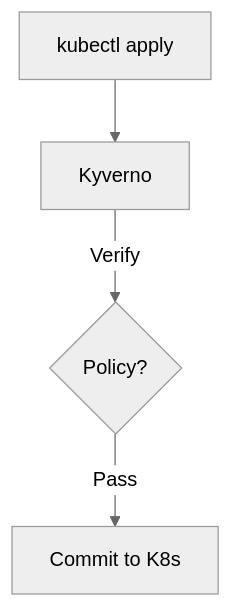
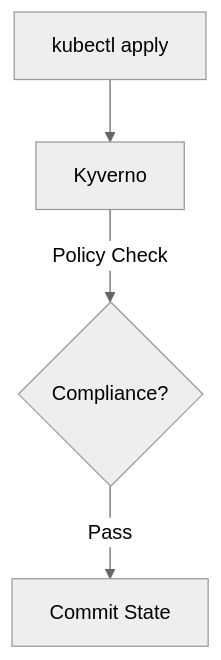
Before and after one commit to Devopstrio/hybrid-kubernetes-pattern: diagram 14 of 30 in README.md, drawn with Mermaid (neutral theme). The commit also changed other lines of this file, not shown here.

Commit message:
docs: finalize premium institutional-grade README with 30+ diagrams and executive summary

````diff
--- a/README.md
+++ b/README.md
@@ -145,6 +188,6 @@
 ```mermaid
 graph TD
     Apply[kubectl apply] --> Webhook[Kyverno]
-    Webhook -->|Verify| Policy{Policy?}
-    Policy -->|Pass| ETCD[Commit to K8s]
+    Webhook -->|Policy Check| Policy{Compliance?}
+    Policy -->|Pass| ETCD[Commit State]
 ```
````
